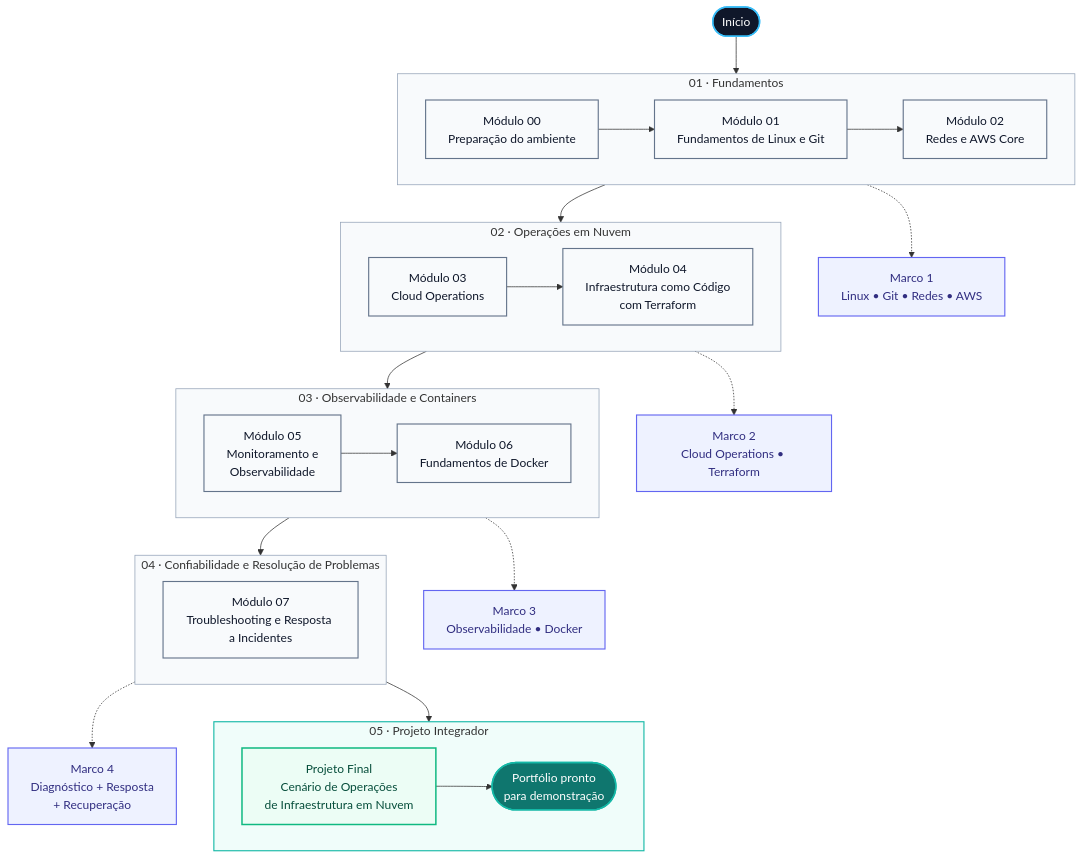
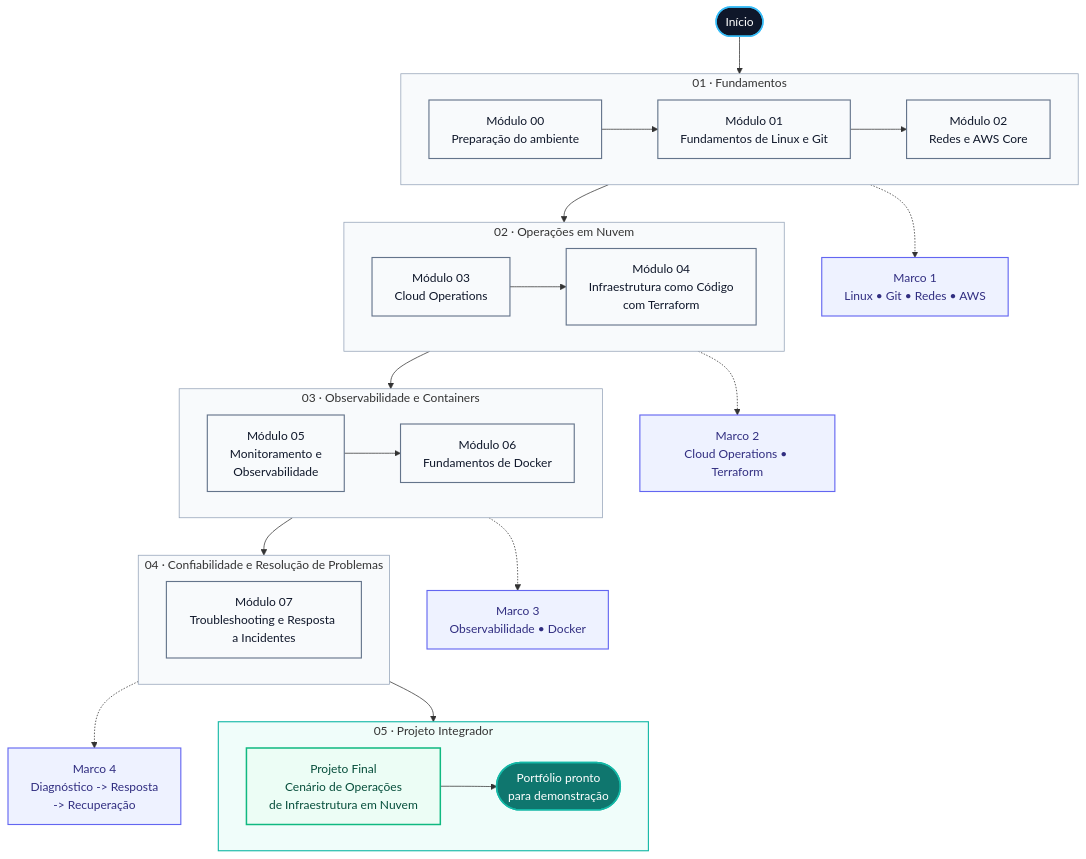
One commit to itamarsb/cloud-infrastructure-operations-lab changed the first of 2 diagrams in docs/roadmap.md. Above: the diagram before and after it, drawn with Mermaid.

````diff
--- a/docs/roadmap.md
+++ b/docs/roadmap.md
@@ -38,72 +38,72 @@
 ```mermaid
 flowchart TB
     START([Início])
 
     subgraph F1["01 · Fundamentos"]
         direction LR
         M00["Módulo 00<br/>Preparação do ambiente"]
         M01["Módulo 01<br/>Fundamentos de Linux e Git"]
         M02["Módulo 02<br/>Redes e AWS Core"]
         M00 --> M01 --> M02
     end
 
     subgraph F2["02 · Operações em Nuvem"]
         direction LR
         M03["Módulo 03<br/>Cloud Operations"]
         M04["Módulo 04<br/>Infraestrutura como Código<br/>com Terraform"]
         M03 --> M04
     end
 
     subgraph F3["03 · Observabilidade e Containers"]
         direction LR
         M05["Módulo 05<br/>Monitoramento e<br/>Observabilidade"]
         M06["Módulo 06<br/>Fundamentos de Docker"]
         M05 --> M06
     end
 
     subgraph F4["04 · Confiabilidade e Resolução de Problemas"]
         direction LR
         M07["Módulo 07<br/>Troubleshooting e Resposta a Incidentes"]
     end
 
     subgraph F5["05 · Projeto Integrador"]
         direction LR
         M08["Projeto Final<br/>Cenário de Operações<br/>de Infraestrutura em Nuvem"]
         DONE([Portfólio pronto<br/>para demonstração])
         M08 --> DONE
     end
 
     START --> M00
     M02 --> M03
     M04 --> M05
     M06 --> M07
     M07 --> M08
 
     C1["Marco 1<br/>Linux • Git • Redes • AWS"]
     C2["Marco 2<br/>Cloud Operations • Terraform"]
     C3["Marco 3<br/>Observabilidade • Docker"]
-    C4["Marco 4<br/>Diagnóstico + Resposta<br/>+ Recuperação"]
+    C4["Marco 4<br/>Diagnóstico -> Resposta<br/>-> Recuperação"]
 
     M02 -.-> C1
     M04 -.-> C2
     M06 -.-> C3
     M07 -.-> C4
 
     classDef start fill:#0f172a,stroke:#38bdf8,color:#ffffff,stroke-width:2px;
     classDef module fill:#f8fafc,stroke:#64748b,color:#0f172a,stroke-width:1.5px;
     classDef milestone fill:#eef2ff,stroke:#6366f1,color:#312e81,stroke-width:1.5px;
     classDef final fill:#ecfdf5,stroke:#10b981,color:#064e3b,stroke-width:2px;
     classDef finish fill:#0f766e,stroke:#14b8a6,color:#ffffff,stroke-width:2px;
 
     class START start;
     class M00,M01,M02,M03,M04,M05,M06,M07 module;
     class C1,C2,C3,C4 milestone;
     class M08 final;
     class DONE finish;
 
     style F1 fill:#f8fafc,stroke:#94a3b8,stroke-width:1px
     style F2 fill:#f8fafc,stroke:#94a3b8,stroke-width:1px
     style F3 fill:#f8fafc,stroke:#94a3b8,stroke-width:1px
     style F4 fill:#f8fafc,stroke:#94a3b8,stroke-width:1px
     style F5 fill:#f0fdfa,stroke:#14b8a6,stroke-width:1.5px
 ```
````
